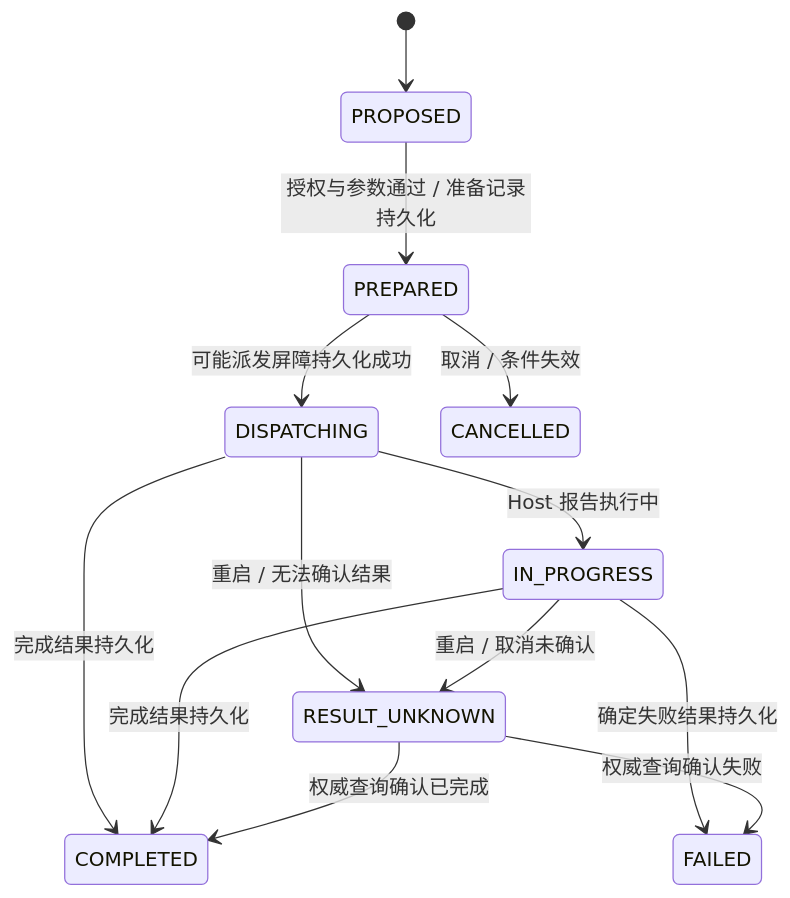
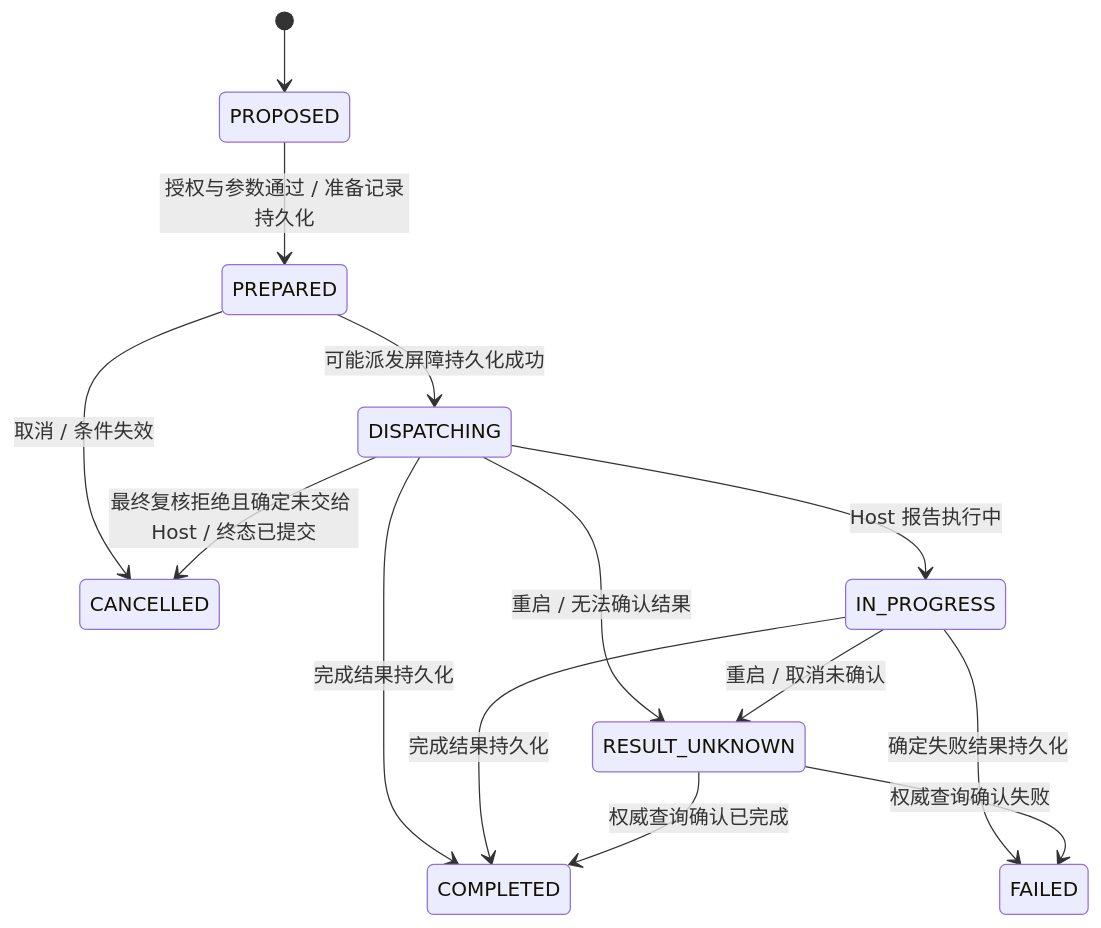
One commit to ayni-org/ayni-os changed the diagram in docs/ayni_v1.0.md. Above: the diagram before and after it, drawn with Mermaid. The commit also changed other lines of this file and 4 other files, not shown here.

Commit message:
docs: refine architecture contracts and add bilingual overview

````diff
--- a/docs/ayni_v1.0.md
+++ b/docs/ayni_v1.0.md
@@ -148,15 +144,16 @@
 ```mermaid
 stateDiagram-v2
     [*] --> PROPOSED
     PROPOSED --> PREPARED: 授权与参数通过 / 准备记录持久化
     PREPARED --> DISPATCHING: 可能派发屏障持久化成功
     PREPARED --> CANCELLED: 取消 / 条件失效
     DISPATCHING --> IN_PROGRESS: Host 报告执行中
+    DISPATCHING --> CANCELLED: 最终复核拒绝且确定未交给 Host / 终态已提交
     DISPATCHING --> COMPLETED: 完成结果持久化
     IN_PROGRESS --> COMPLETED: 完成结果持久化
     IN_PROGRESS --> FAILED: 确定失败结果持久化
     DISPATCHING --> RESULT_UNKNOWN: 重启 / 无法确认结果
     IN_PROGRESS --> RESULT_UNKNOWN: 重启 / 取消未确认
     RESULT_UNKNOWN --> COMPLETED: 权威查询确认已完成
     RESULT_UNKNOWN --> FAILED: 权威查询确认失败
 ```
````
